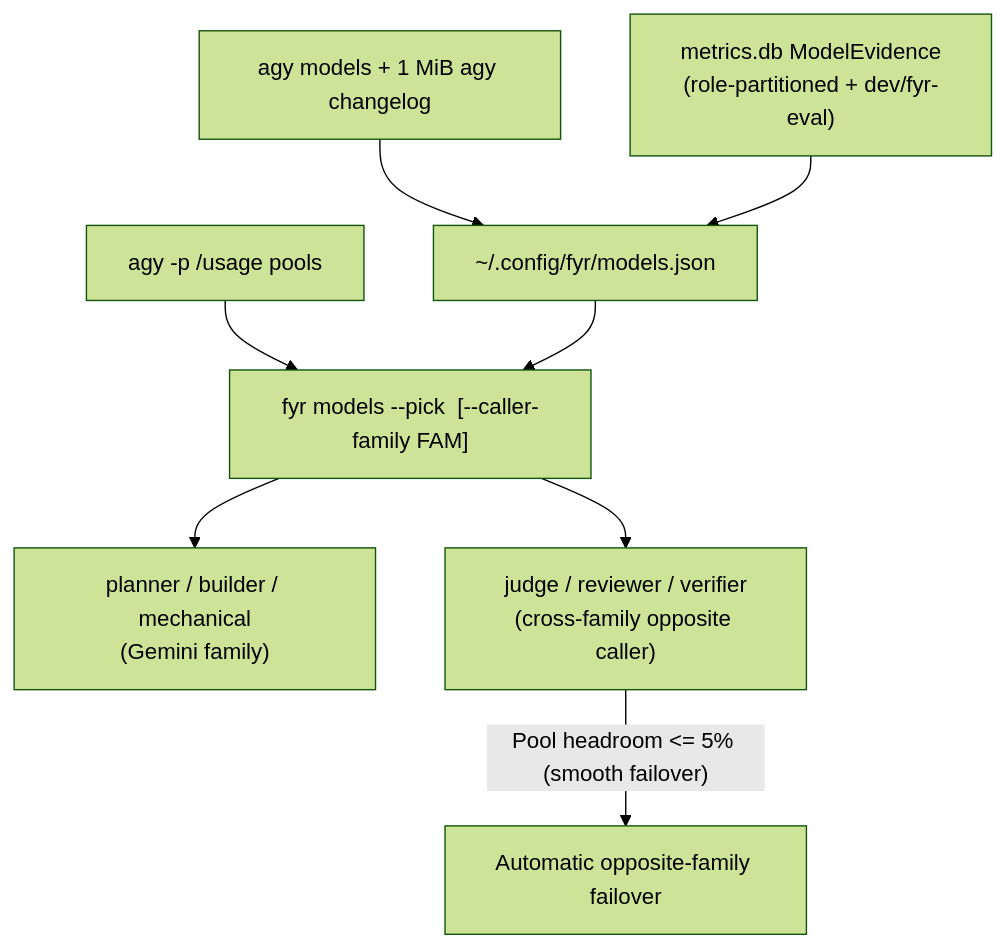
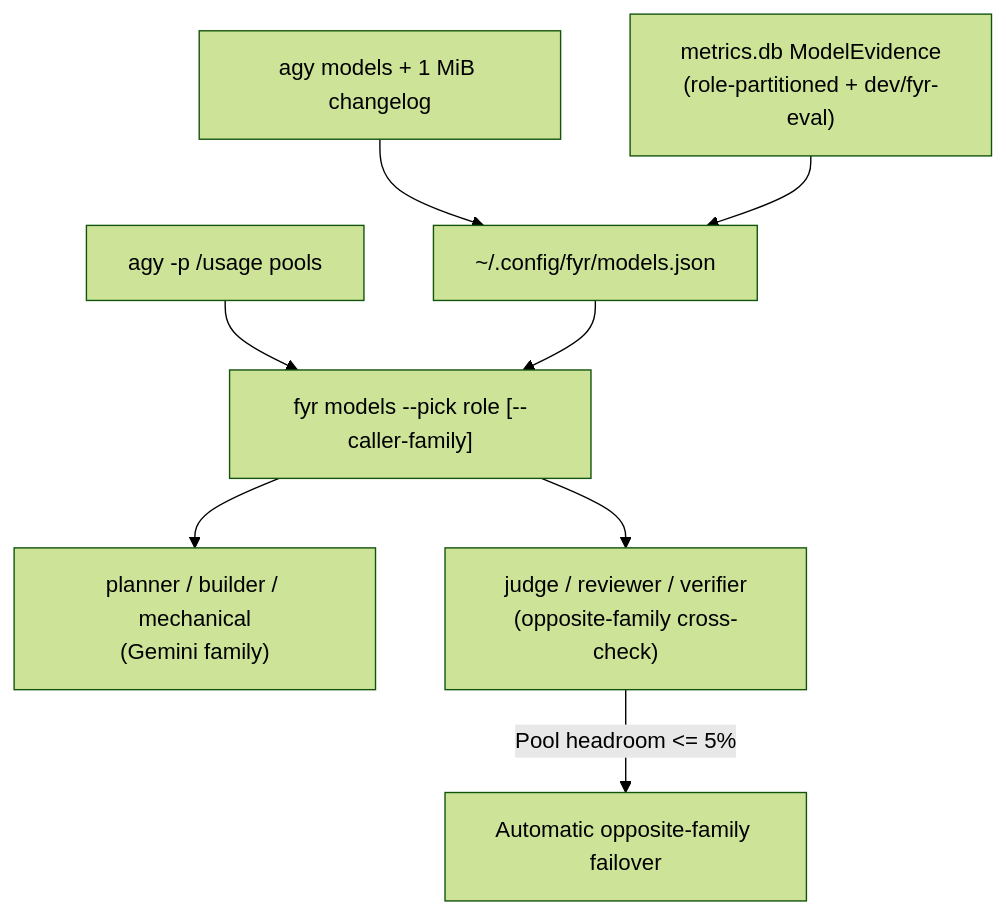
The second of 2 diagrams in features/workflows-and-build-control.md (kesokaj/fyr), drawn with Mermaid (forest theme) before and after one commit. The commit also changed other lines of this file and 3 other files, not shown here.

````diff
--- a/features/workflows-and-build-control.md
+++ b/features/workflows-and-build-control.md
@@ -51,10 +40,10 @@
 ```mermaid
 flowchart TD
-    agyCatalog["agy models + 1 MiB agy changelog"] --> modelsCache["~/.config/fyr/models.json"]
+    agyCatalog["agy models + 1 MiB changelog"] --> modelsCache["~/.config/fyr/models.json"]
     metricsEvidence["metrics.db ModelEvidence\n(role-partitioned + dev/fyr-eval)"] --> modelsCache
-    usageQuota["agy -p /usage pools"] --> rolePicker["fyr models --pick <role> [--caller-family FAM]"]
+    usageQuota["agy -p /usage pools"] --> rolePicker["fyr models --pick role [--caller-family]"]
     modelsCache --> rolePicker
     rolePicker --> geminiRoles["planner / builder / mechanical\n(Gemini family)"]
-    rolePicker --> judgeRoles["judge / reviewer / verifier\n(cross-family opposite caller)"]
-    judgeRoles -- "Pool headroom <= 5% (smooth failover)" --> fallbackGemini["Automatic opposite-family failover"]
+    rolePicker --> judgeRoles["judge / reviewer / verifier\n(opposite-family cross-check)"]
+    judgeRoles -- "Pool headroom <= 5%" --> fallbackGemini["Automatic opposite-family failover"]
 ```
````
